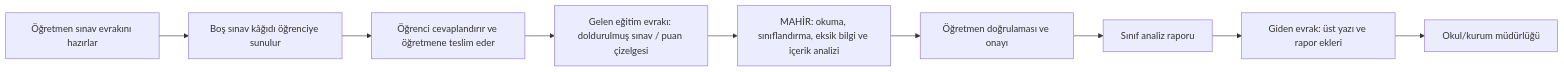
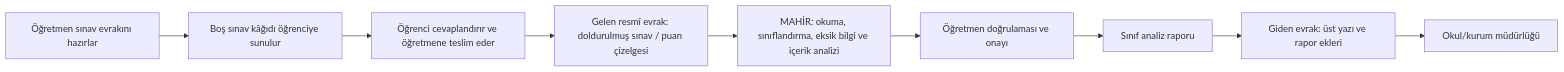
The first of 2 diagrams in README.md (peykan1071/MAHIR-PROTOTIP-HTML), drawn with Mermaid before and after one commit. The commit also changed other lines of this file, not shown here.

Commit message:
docs: MAHIR vizyonunu ve resmi evrak kapsamını netlestir

````diff
--- a/README.md
+++ b/README.md
@@ -25,11 +61,11 @@
 ```mermaid
 flowchart LR
     A["Öğretmen sınav evrakını hazırlar"] --> B["Boş sınav kâğıdı öğrenciye sunulur"]
     B --> C["Öğrenci cevaplandırır ve öğretmene teslim eder"]
-    C --> D["Gelen eğitim evrakı: doldurulmuş sınav / puan çizelgesi"]
+    C --> D["Gelen resmî evrak: doldurulmuş sınav / puan çizelgesi"]
     D --> E["MAHİR: okuma, sınıflandırma, eksik bilgi ve içerik analizi"]
     E --> F["Öğretmen doğrulaması ve onayı"]
     F --> G["Sınıf analiz raporu"]
     G --> H["Giden evrak: üst yazı ve rapor ekleri"]
     H --> I["Okul/kurum müdürlüğü"]
 ```
````
